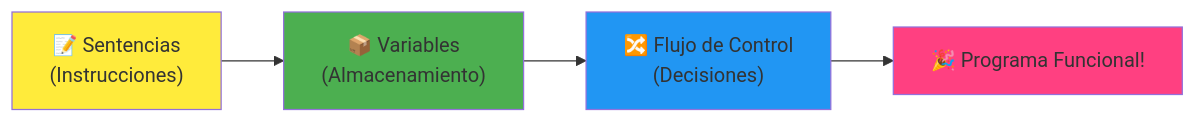
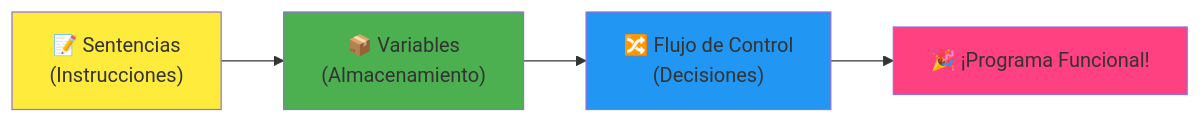
Before and after one commit to microsoft/Web-Dev-For-Beginners: the fourth of 7 diagrams in translations/es/1-getting-started-lessons/1-intro-to-programming-languages/README.md, drawn with Mermaid. The commit also changed other lines of this file and 393 other files, not shown here.

````diff
--- a/translations/es/1-getting-started-lessons/1-intro-to-programming-languages/README.md
+++ b/translations/es/1-getting-started-lessons/1-intro-to-programming-languages/README.md
@@ -465,9 +467,9 @@
 ```mermaid
 flowchart LR
-    A["📝 Sentencias<br/>(Instrucciones)"] --> B["📦 Variables<br/>(Almacenamiento)"] --> C["🔀 Flujo de Control<br/>(Decisiones)"] --> D["🎉 Programa Funcional!"]
+    A["📝 Sentencias<br/>(Instrucciones)"] --> B["📦 Variables<br/>(Almacenamiento)"] --> C["🔀 Flujo de Control<br/>(Decisiones)"] --> D["🎉 ¡Programa Funcional!"]
     
     style A fill:#ffeb3b
     style B fill:#4caf50
     style C fill:#2196f3
     style D fill:#ff4081
-```  
+```
````
